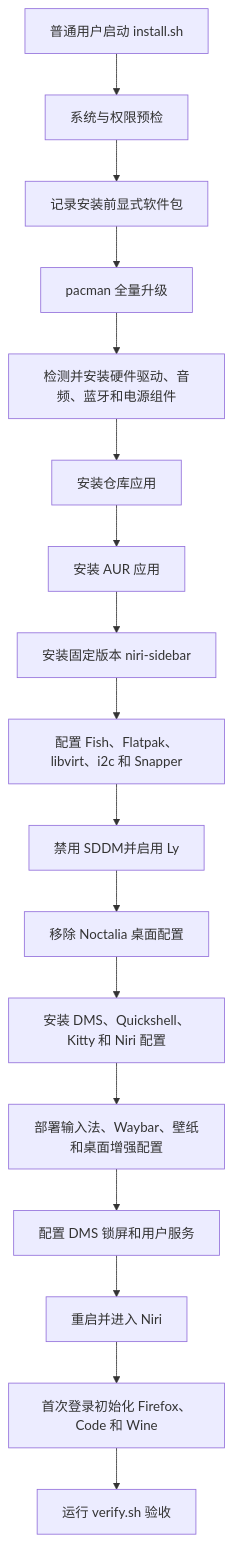
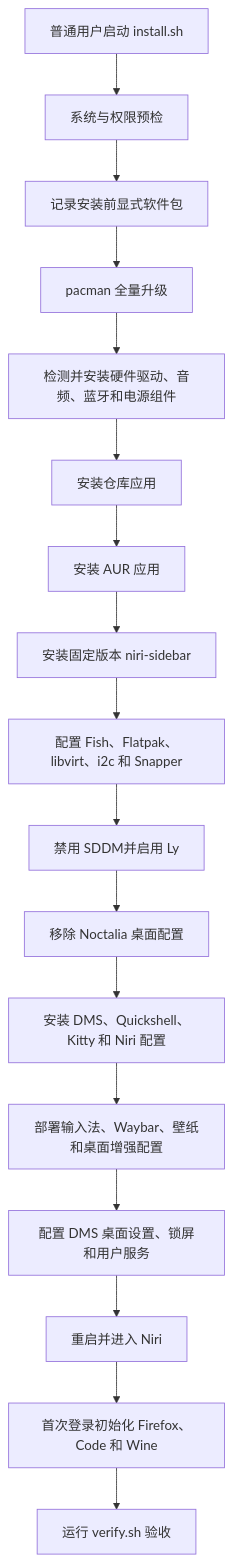
The diagram in 安装流程与美化应用清单.md (skynit/CachyOS-Niri-Installer), drawn with Mermaid before and after one commit. The commit also changed other lines of this file and 8 other files, not shown here.

````diff
--- a/安装流程与美化应用清单.md
+++ b/安装流程与美化应用清单.md
@@ -53,19 +53,19 @@
 ```mermaid
 flowchart TD
     A[普通用户启动 install.sh] --> B[系统与权限预检]
     B --> C[记录安装前显式软件包]
     C --> D[pacman 全量升级]
     D --> E[检测并安装硬件驱动、音频、蓝牙和电源组件]
     E --> F[安装仓库应用]
     F --> G[安装 AUR 应用]
     G --> H[安装固定版本 niri-sidebar]
     H --> I[配置 Fish、Flatpak、libvirt、i2c 和 Snapper]
     I --> J[禁用 SDDM并启用 Ly]
     J --> K[移除 Noctalia 桌面配置]
     K --> L[安装 DMS、Quickshell、Kitty 和 Niri 配置]
     L --> M[部署输入法、Waybar、壁纸和桌面增强配置]
-    M --> N[配置 DMS 锁屏和用户服务]
+    M --> N[配置 DMS 桌面设置、锁屏和用户服务]
     N --> O[重启并进入 Niri]
     O --> P[首次登录初始化 Firefox、Code 和 Wine]
     P --> Q[运行 verify.sh 验收]
 ```
````
